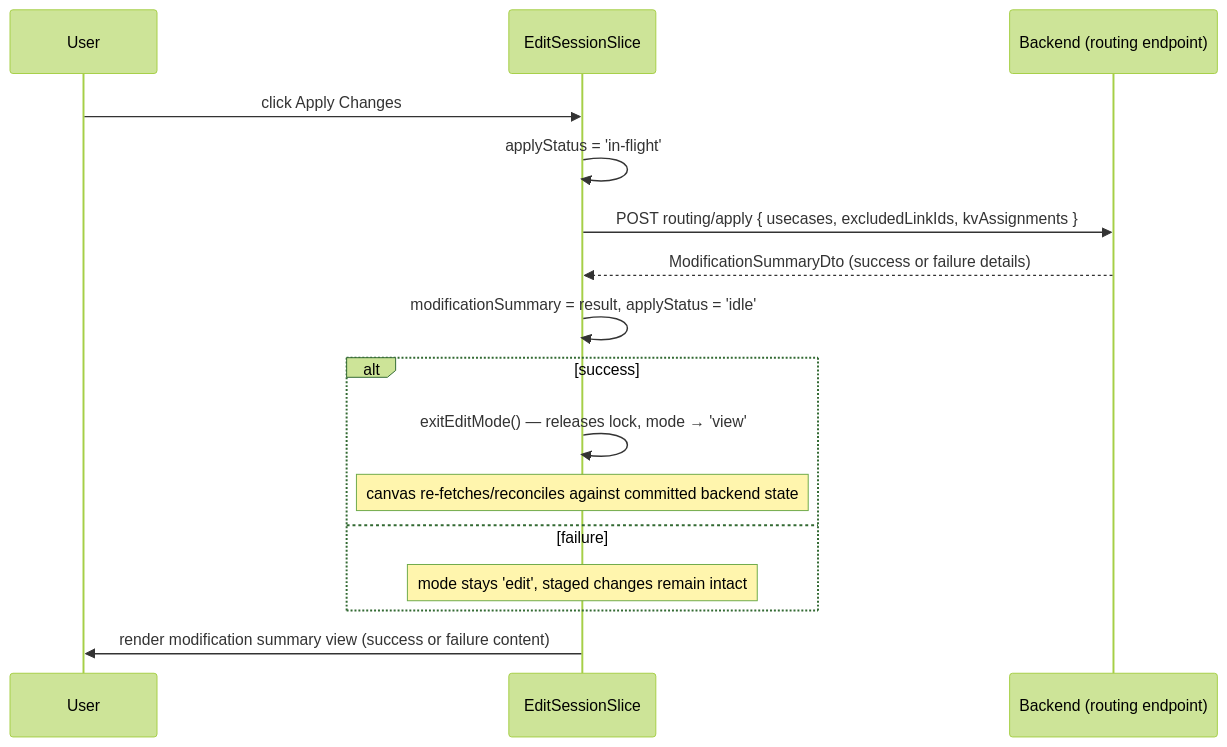
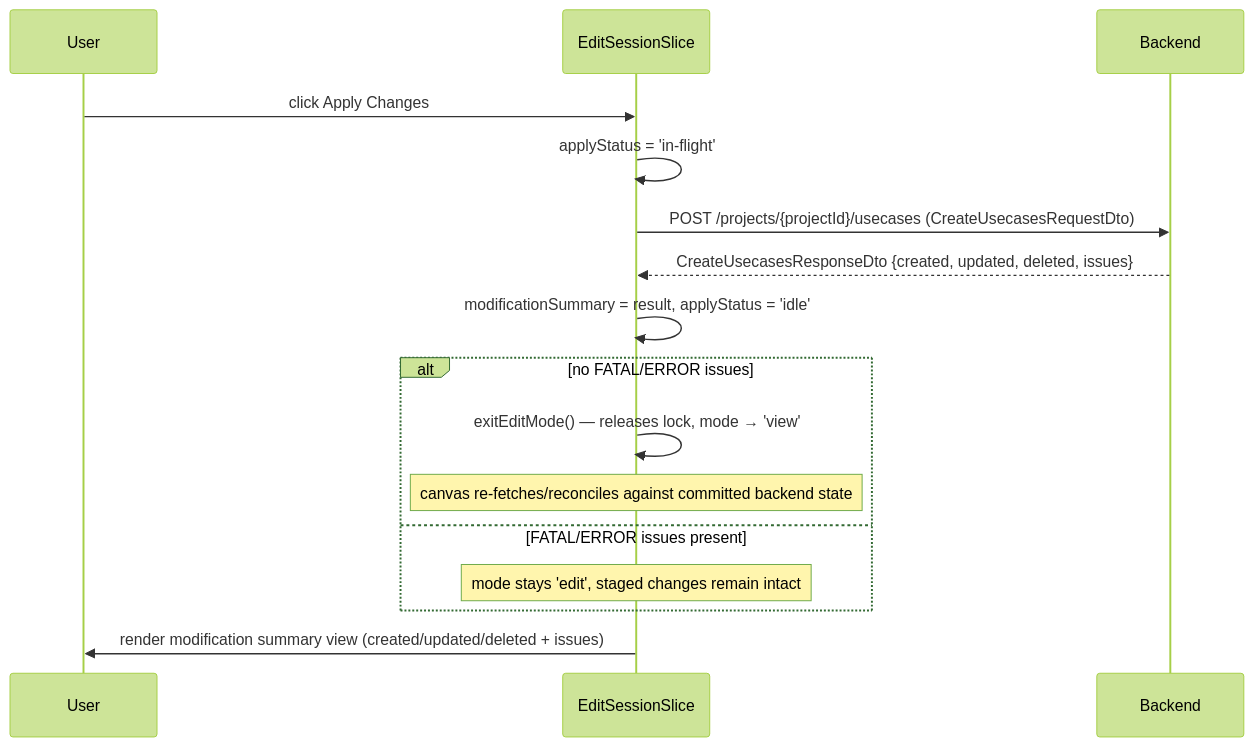
One commit to ramesh521/audioreach-creator-ui-2 changed the second of 3 diagrams in docs/graph-designer-edit/design/core-edit-session-design.md. Above: the diagram before and after it, drawn with Mermaid (forest theme). The commit also changed other lines of this file and 5 other files, not shown here.

````diff
--- a/docs/graph-designer-edit/design/core-edit-session-design.md
+++ b/docs/graph-designer-edit/design/core-edit-session-design.md
@@ -509,19 +731,19 @@
 ```mermaid
 sequenceDiagram
   participant U as User
   participant ES as EditSessionSlice
-  participant B as Backend (routing endpoint)
+  participant B as Backend
 
   U->>ES: click Apply Changes
   ES->>ES: applyStatus = 'in-flight'
-  ES->>B: POST routing/apply { usecases, excludedLinkIds, kvAssignments }
-  B-->>ES: ModificationSummaryDto (success or failure details)
+  ES->>B: POST /projects/{projectId}/usecases (CreateUsecasesRequestDto)
+  B-->>ES: CreateUsecasesResponseDto {created, updated, deleted, issues}
   ES->>ES: modificationSummary = result, applyStatus = 'idle'
-  alt success
+  alt no FATAL/ERROR issues
     ES->>ES: exitEditMode() — releases lock, mode → 'view'
     Note over ES: canvas re-fetches/reconciles against committed backend state
-  else failure
+  else FATAL/ERROR issues present
     Note over ES: mode stays 'edit', staged changes remain intact
   end
-  ES->>U: render modification summary view (success or failure content)
+  ES->>U: render modification summary view (created/updated/deleted + issues)
 ```
````
